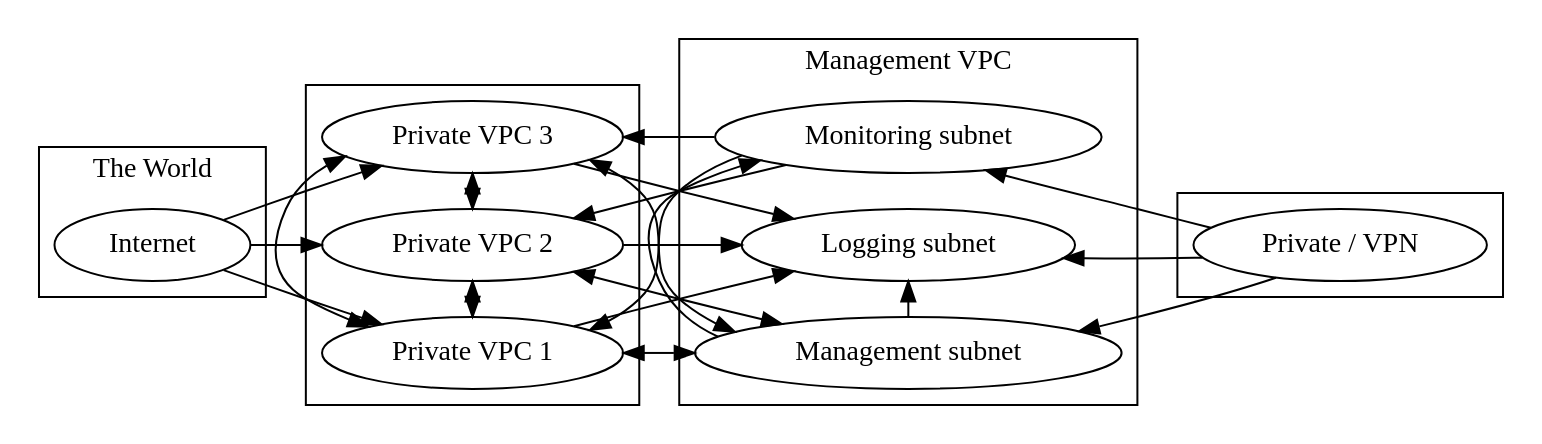
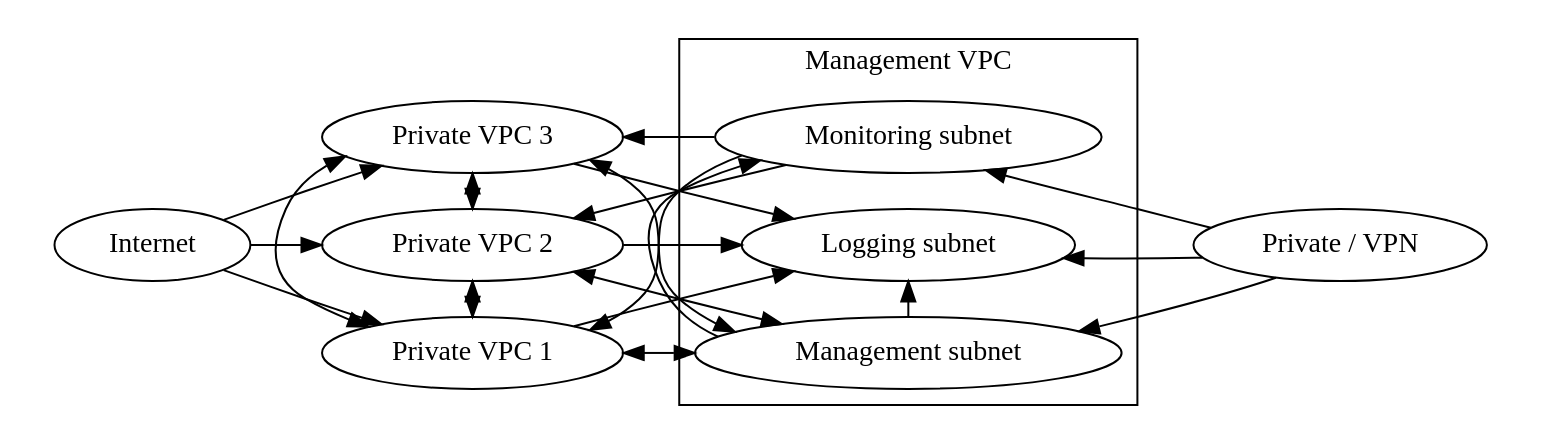
Before and after one commit to jpancoast/cloudsetup: the diagram in docs/test.dot, drawn with Graphviz. The commit also changed 1 other file, not shown here.

```diff
--- a/docs/test.dot
+++ b/docs/test.dot
@@ -1,77 +1,81 @@
 digraph G {
     rankdir=LR
 
-    subgraph cluster1 {
-        label="The World";
+    subgraph cluster1 
+    {
+        style="invis"
         Internet;
-#        host1;
     }
-    subgraph cluster2 {
-#        label="Remote Datacenter";
+
+    subgraph cluster2 
+    {
+        style="invis"
+        
         "Private VPC 1";
         "Private VPC 2";
         "Private VPC 3";
 
         {
             rank="same"
             "Private VPC 1";"Private VPC 2";"Private VPC 3";
         }
     }
 
     subgraph cluster3
     {
         label="Management VPC"
         "Logging subnet";
         "Monitoring subnet";
         "Management subnet";
 
         {
             rank="same";
             "Logging subnet";
             "Monitoring subnet";
             "Management subnet";
         }
     }
 
     subgraph cluster4
     {
+        style="invis"
         "Private / VPN"
 
         {
             rank="max";
             "Private / VPN";
         }
     }
 
 
     Internet -> "Private VPC 1" [constraint=false];
     Internet -> "Private VPC 2";
     Internet -> "Private VPC 3"[constraint=false];
 
     "Private VPC 1" -> "Private VPC 2"[dir="both"];
     "Private VPC 1" -> "Private VPC 3"[dir="both"];
     "Private VPC 2" -> "Private VPC 3"[dir="both"];
 
     "Private VPC 1" -> "Logging subnet";
     "Private VPC 2" -> "Logging subnet";
     "Private VPC 3" -> "Logging subnet";
 
     "Monitoring subnet" -> "Private VPC 1"[constraint=false];
     "Monitoring subnet" -> "Private VPC 2";
     "Monitoring subnet" -> "Private VPC 3";
 
     "Management subnet" -> "Private VPC 1"[dir="both" constraint=false];
     "Management subnet" -> "Private VPC 2"[dir="both" constraint=false];
     "Management subnet" -> "Private VPC 3"[dir="both" constraint=false];
 
     "Management subnet" -> "Logging subnet";
     "Management subnet" -> "Monitoring subnet";
 
     "Management subnet" -> "Private / VPN" [style="invis"]
     "Monitoring subnet" -> "Private / VPN" [style="invis"]
     "Logging subnet" -> "Private / VPN" [style="invis"]
 
     "Private / VPN" -> "Management subnet"[constraint=false];
     "Private / VPN" -> "Monitoring subnet"[constraint=false];
     "Private / VPN" -> "Logging subnet";
 }
```
